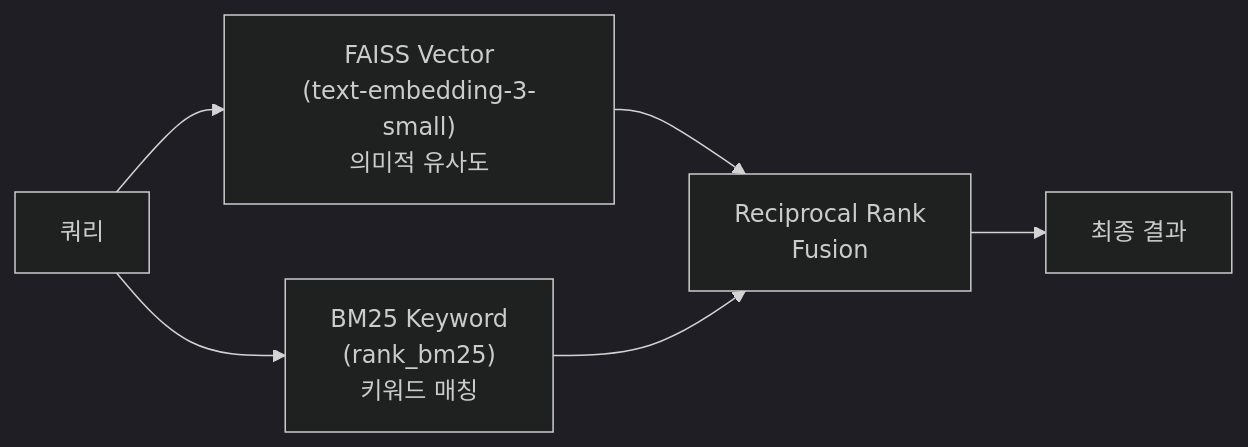
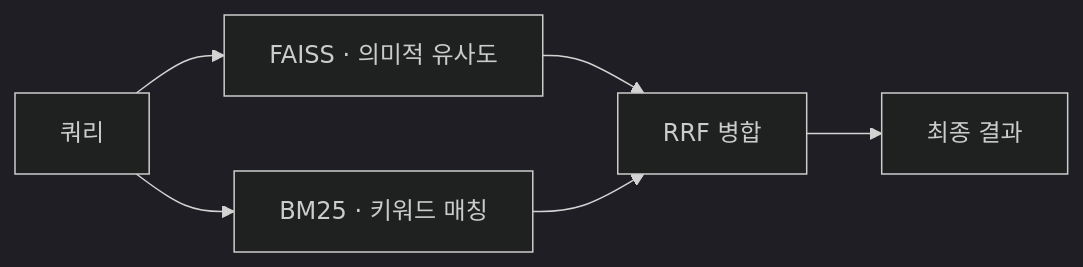
One commit to ASNGG/cafe24-demo changed the fifth of 14 diagrams in portfolio/PORTFOLIO.md. Above: the diagram before and after it, drawn with Mermaid (dark theme). The commit also changed other lines of this file, not shown here.

First line of the commit message:
docs: PORTFOLIO.md 스타일 개선 및 Mermaid 다이어그램 최적화

````diff
--- a/portfolio/PORTFOLIO.md
+++ b/portfolio/PORTFOLIO.md
@@ -287,6 +346,6 @@
 ```mermaid
 flowchart LR
-    Q["쿼리"] --> FAISS["FAISS Vector<br/>(text-embedding-3-small)<br/>의미적 유사도"]
-    Q --> BM25["BM25 Keyword<br/>(rank_bm25)<br/>키워드 매칭"]
-    FAISS & BM25 --> RRF["Reciprocal Rank<br/>Fusion"] --> Result["최종 결과"]
+    Q["쿼리"] --> FAISS["FAISS · 의미적 유사도"]
+    Q --> BM25["BM25 · 키워드 매칭"]
+    FAISS & BM25 --> RRF["RRF 병합"] --> Result["최종 결과"]
 ```
````
